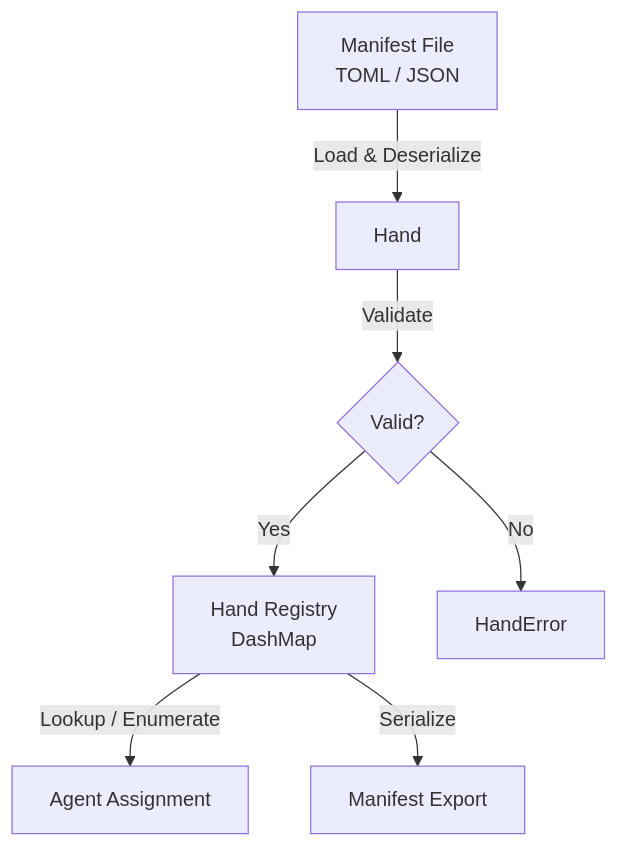
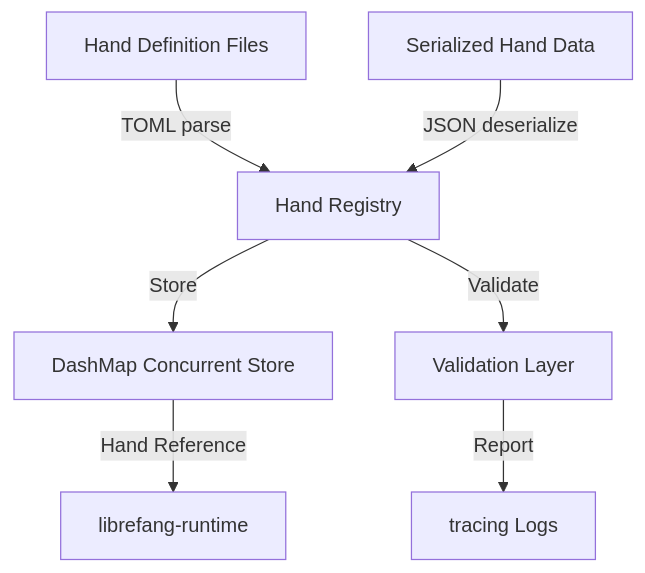
Before and after one commit to leszek3737/librefang-WIki: the diagram in other-librefang-hands.md, drawn with Mermaid. The commit also changed other lines of this file and 98 other files, not shown here.

````diff
--- a/other-librefang-hands.md
+++ b/other-librefang-hands.md
@@ -43,9 +37,9 @@
 ```mermaid
 graph TD
-    A[Manifest File<br/>TOML / JSON] -->|Load & Deserialize| B[Hand]
-    B -->|Validate| C{Valid?}
-    C -->|Yes| D[Hand Registry<br/>DashMap]
-    C -->|No| E[HandError]
-    D -->|Lookup / Enumerate| F[Agent Assignment]
-    D -->|Serialize| G[Manifest Export]
+    A[Hand Definition Files] -->|TOML parse| B[Hand Registry]
+    C[Serialized Hand Data] -->|JSON deserialize| B
+    B -->|Store| D[DashMap Concurrent Store]
+    B -->|Validate| E[Validation Layer]
+    E -->|Report| F[tracing Logs]
+    D -->|Hand Reference| G[librefang-runtime]
 ```
````
